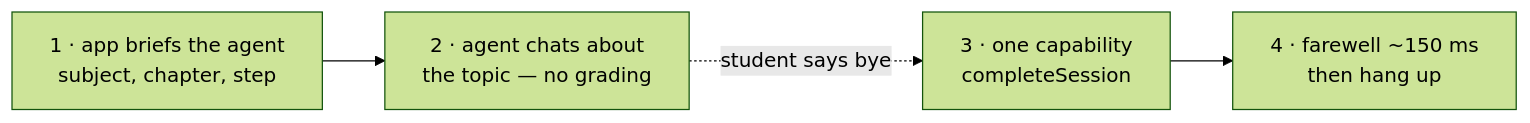
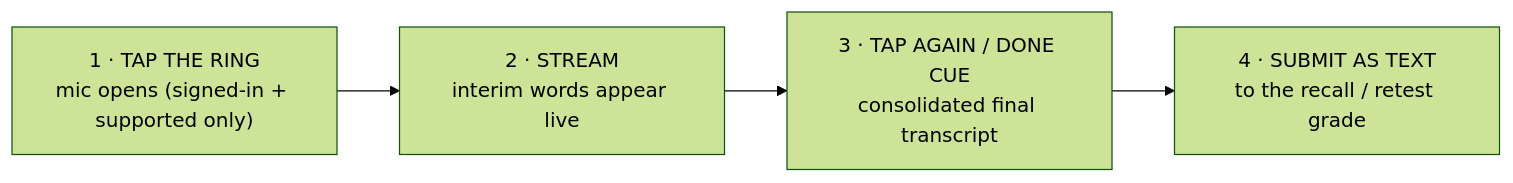
One commit to redwivision/Kiftet changed diagram 13 of 15 in docs/howItWorks/dataflow.md. Above: the diagram before and after it, drawn with Mermaid (forest theme). The commit also changed other lines of this file and 26 other files, not shown here.

````diff
--- a/docs/howItWorks/dataflow.md
+++ b/docs/howItWorks/dataflow.md
@@ -433,6 +438,6 @@
 ```mermaid
 flowchart LR
-  A["1 · app briefs the agent<br/>subject, chapter, step"] --> B["2 · agent chats about<br/>the topic — no grading"]
-  B -. "student says bye" .-> C["3 · one capability<br/>completeSession"]
-  C --> D["4 · farewell ~150 ms<br/>then hang up"]
+  A["1 · TAP THE RING<br/>mic opens (signed-in + supported only)"] --> B["2 · STREAM<br/>interim words appear live"]
+  B --> C["3 · TAP AGAIN / DONE CUE<br/>consolidated final transcript"]
+  C --> D["4 · SUBMIT AS TEXT<br/>to the recall / retest grade"]
 ```
````
